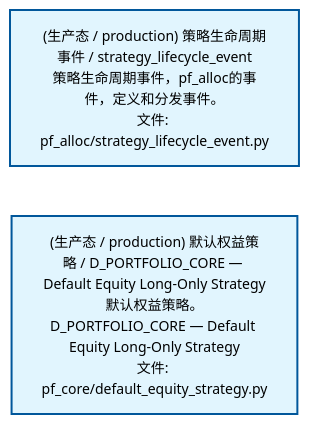
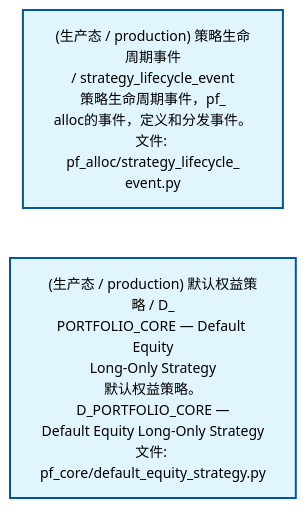
Before and after one commit to xuanFelixVan/ZephyrAlpha: the second of 4 diagrams in docs/02_enterprise_architecture/02_domain_architecture_docs/62_d_pf_alloc.md, drawn with Mermaid. The commit also changed other lines of this file and 59 other files, not shown here.

````diff
--- a/docs/02_enterprise_architecture/02_domain_architecture_docs/62_d_pf_alloc.md
+++ b/docs/02_enterprise_architecture/02_domain_architecture_docs/62_d_pf_alloc.md
@@ -88,12 +88,12 @@
 ```mermaid
 %%{init: {'theme': 'base', 'themeVariables': {'primaryColor': '#eaeaea', 'primaryTextColor': '#333333', 'primaryBorderColor': '#666666', 'lineColor': '#666666', 'secondaryColor': '#eaeaea', 'tertiaryColor': '#eaeaea', 'fontSize': '14px'}}}%%
 flowchart TD
-    src_zephyr_pf_alloc_strategy_lifecycle_event_py["(生产态 / production) 策略生命周期事件 / strategy_lifecycle_event<br/>策略生命周期事件，pf_alloc的事件，定义和分发事件。<br/>文件: pf_alloc/strategy_lifecycle_event.py"]
-    src_zephyr_pf_core_default_equity_strategy_py["(生产态 / production) 默认权益策略 / D_PORTFOLIO_CORE — Default Equity Long-Only Strategy<br/>默认权益策略。D_PORTFOLIO_CORE — Default Equity Long-Only Strategy<br/>文件: pf_core/default_equity_strategy.py"]
+    src_zephyr_pf_alloc_strategy_lifecycle_event_py["(生产态 / production) 策略生命周期事件<br/>/ strategy_lifecycle_event<br/>策略生命周期事件，pf_<br/>alloc的事件，定义和分发事件。<br/>文件: pf_alloc/strategy_lifecycle_<br/>event.py"]
+    src_zephyr_pf_core_default_equity_strategy_py["(生产态 / production) 默认权益策略 / D_<br/>PORTFOLIO_CORE — Default Equity<br/>Long-Only Strategy<br/>默认权益策略。D_PORTFOLIO_CORE —<br/>Default Equity Long-Only Strategy<br/>文件: pf_core/default_equity_strategy.py"]
     src_zephyr_pf_alloc_strategy_lifecycle_event_py ~~~ src_zephyr_pf_core_default_equity_strategy_py
     classDef production fill:#e1f5fe,stroke:#01579b,stroke-width:2px,color:#000
     classDef design fill:#fff3e0,stroke:#e65100,stroke-width:2px,color:#000,stroke-dasharray: 5 5
     classDef external_prod fill:#e8f4fd,stroke:#0277bd,stroke-width:1px,color:#000
     classDef external_design fill:#fff8e7,stroke:#ef6c00,stroke-width:1px,color:#000,stroke-dasharray: 5 5
     class src_zephyr_pf_alloc_strategy_lifecycle_event_py,src_zephyr_pf_core_default_equity_strategy_py production
 ```
````
